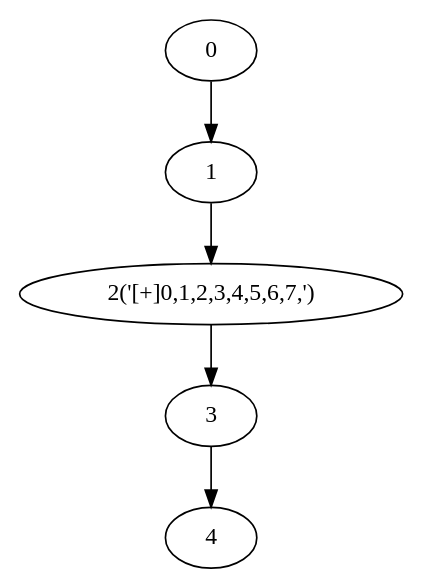
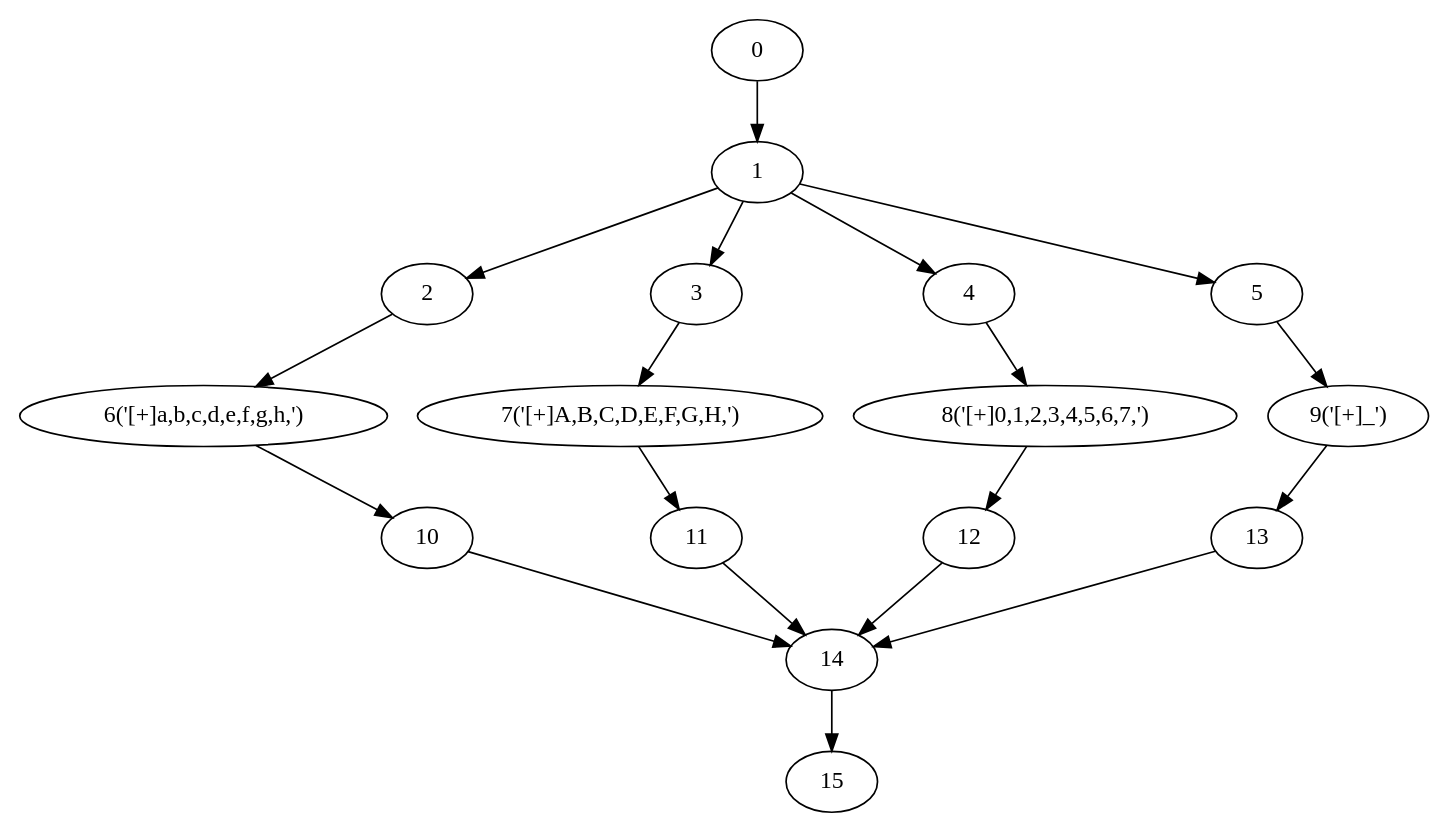
The diagram in NRegex.Test/Graphs/TestMethod16.dot (yyl-20020115/NRegEx), drawn with Graphviz before and after one commit. The commit also changed 9 other files, not shown here.

```diff
--- a/NRegex.Test/Graphs/TestMethod16.dot
+++ b/NRegex.Test/Graphs/TestMethod16.dot
@@ -1,11 +1,36 @@
 digraph g {
 	0 ;
 	1 ;
-	2 [label="2('[+]0,1,2,3,4,5,6,7,')"];
+	2 ;
 	3 ;
 	4 ;
+	5 ;
+	6 [label="6('[+]a,b,c,d,e,f,g,h,')"];
+	7 [label="7('[+]A,B,C,D,E,F,G,H,')"];
+	8 [label="8('[+]0,1,2,3,4,5,6,7,')"];
+	9 [label="9('[+]_')"];
+	10 ;
+	11 ;
+	12 ;
+	13 ;
+	14 ;
+	15 ;
 	0->1;
 	1->2;
-	2->3;
-	3->4;
+	1->3;
+	1->4;
+	1->5;
+	2->6;
+	3->7;
+	4->8;
+	5->9;
+	6->10;
+	7->11;
+	8->12;
+	9->13;
+	10->14;
+	11->14;
+	12->14;
+	13->14;
+	14->15;
 }
```
